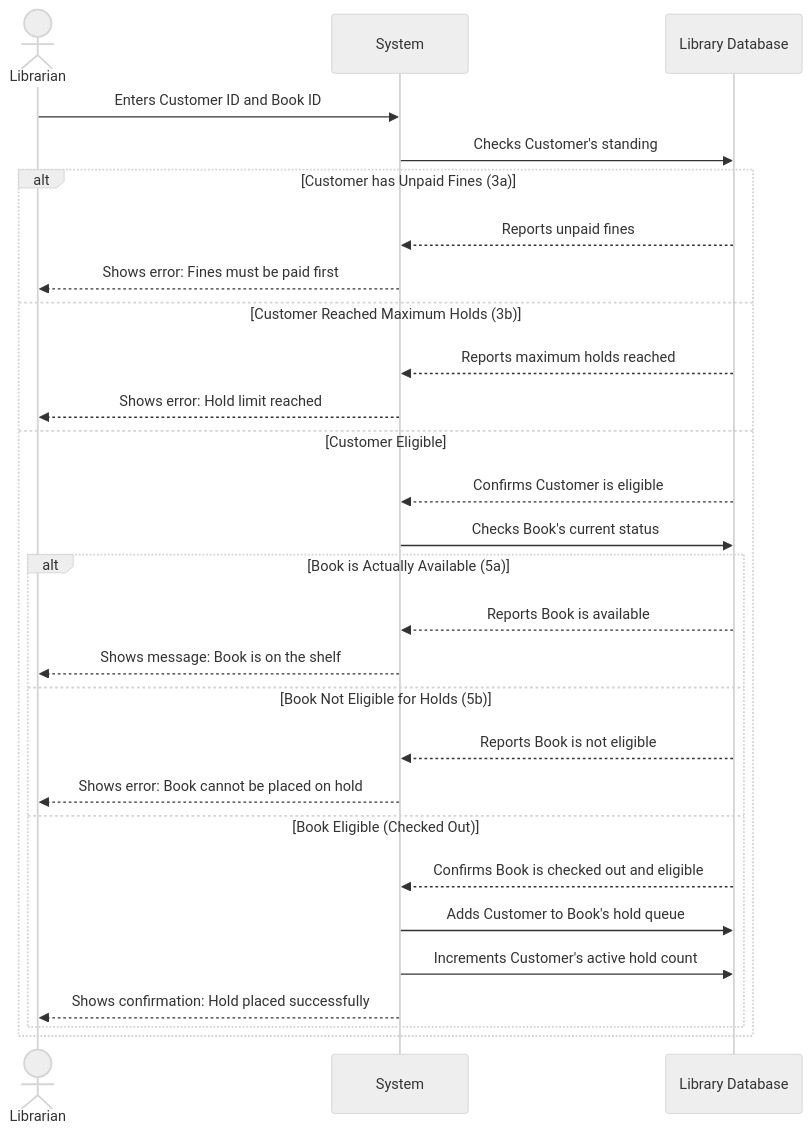
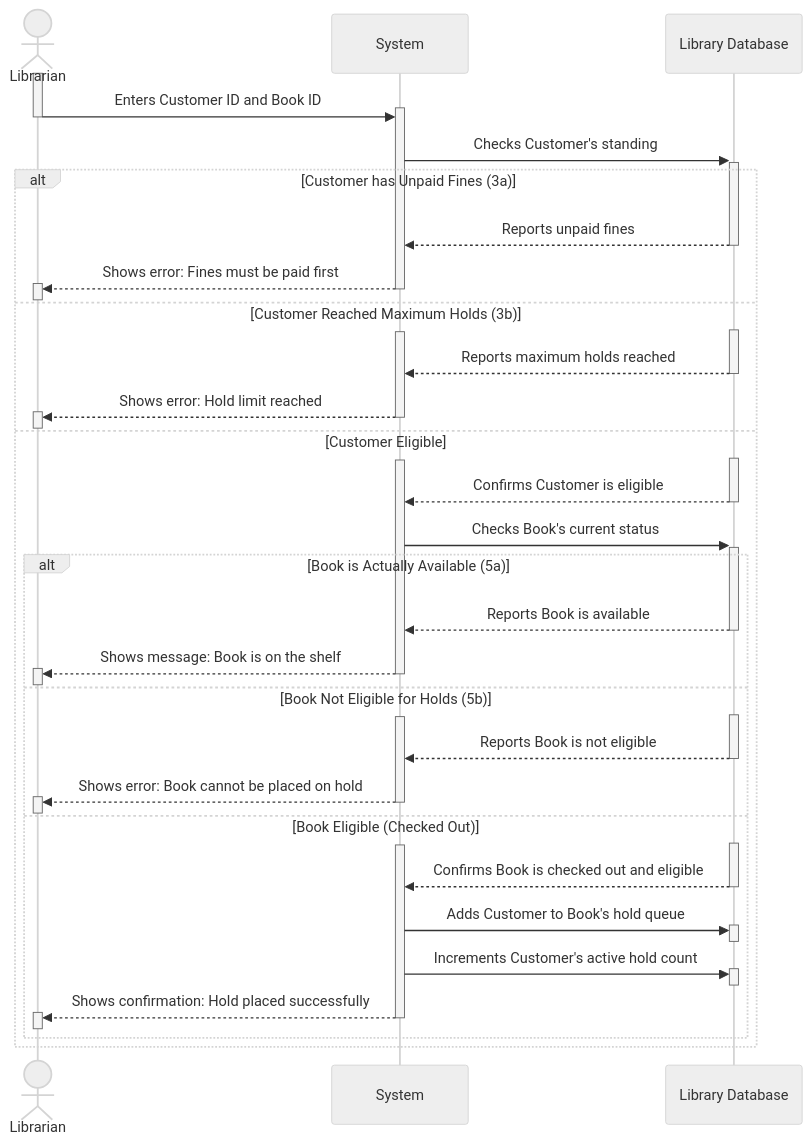
The diagram in examples/library_system/sq_diagram.mmd (DomSz4bo/bc-project), drawn with Mermaid (neutral theme) before and after one commit. The commit also changed 2 other files, not shown here.

```diff
--- a/examples/library_system/sq_diagram.mmd
+++ b/examples/library_system/sq_diagram.mmd
@@ -1,32 +1,58 @@
 sequenceDiagram
     %% autonumber
     actor Librarian
     participant System
     participant Database as Library Database
 
-    Librarian->>System: Enters Customer ID and Book ID
-    System->>Database: Checks Customer's standing
+    activate Librarian
+    Librarian->>+System: Enters Customer ID and Book ID
+    deactivate Librarian
+    System->>+Database: Checks Customer's standing
 
     alt Customer has Unpaid Fines (3a)
-        Database-->>System: Reports unpaid fines
-        System-->>Librarian: Shows error: Fines must be paid first
+        Database-->>-System: Reports unpaid fines
+        System-->>+Librarian: Shows error: Fines must be paid first
+        deactivate System
+        deactivate Librarian
+        
     else Customer Reached Maximum Holds (3b)
-        Database-->>System: Reports maximum holds reached
-        System-->>Librarian: Shows error: Hold limit reached
+        activate Database
+        activate System
+        Database-->>-System: Reports maximum holds reached
+        System-->>+Librarian: Shows error: Hold limit reached
+        deactivate System
+        deactivate Librarian
+
     else Customer Eligible
-        Database-->>System: Confirms Customer is eligible
-        System->>Database: Checks Book's current status
+        activate Database
+        activate System
+        Database-->>-System: Confirms Customer is eligible
+        System->>+Database: Checks Book's current status
 
         alt Book is Actually Available (5a)
-            Database-->>System: Reports Book is available
-            System-->>Librarian: Shows message: Book is on the shelf
+            Database-->>-System: Reports Book is available
+            System-->>+Librarian: Shows message: Book is on the shelf
+            deactivate System
+            deactivate Librarian
+
         else Book Not Eligible for Holds (5b)
-            Database-->>System: Reports Book is not eligible
-            System-->>Librarian: Shows error: Book cannot be placed on hold
+            activate Database
+            activate System
+            Database-->>-System: Reports Book is not eligible
+            System-->>+Librarian: Shows error: Book cannot be placed on hold
+            deactivate System
+            deactivate Librarian
+
         else Book Eligible (Checked Out)
-            Database-->>System: Confirms Book is checked out and eligible
-            System->>Database: Adds Customer to Book's hold queue
-            System->>Database: Increments Customer's active hold count
-            System-->>Librarian: Shows confirmation: Hold placed successfully
+            activate Database
+            activate System
+            Database-->>-System: Confirms Book is checked out and eligible
+            System->>+Database: Adds Customer to Book's hold queue
+            deactivate Database
+            System->>+Database: Increments Customer's active hold count
+            deactivate Database
+            System-->>+Librarian: Shows confirmation: Hold placed successfully
+            deactivate System
+            deactivate Librarian
         end
     end
```
